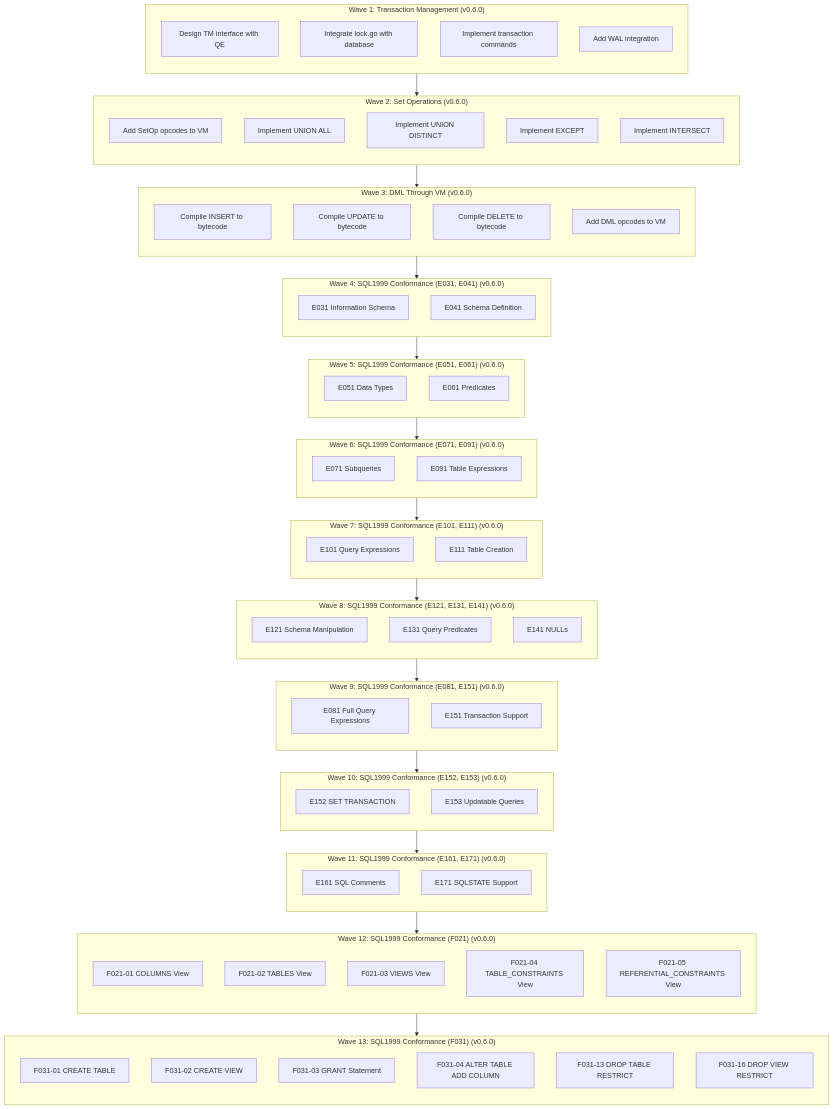
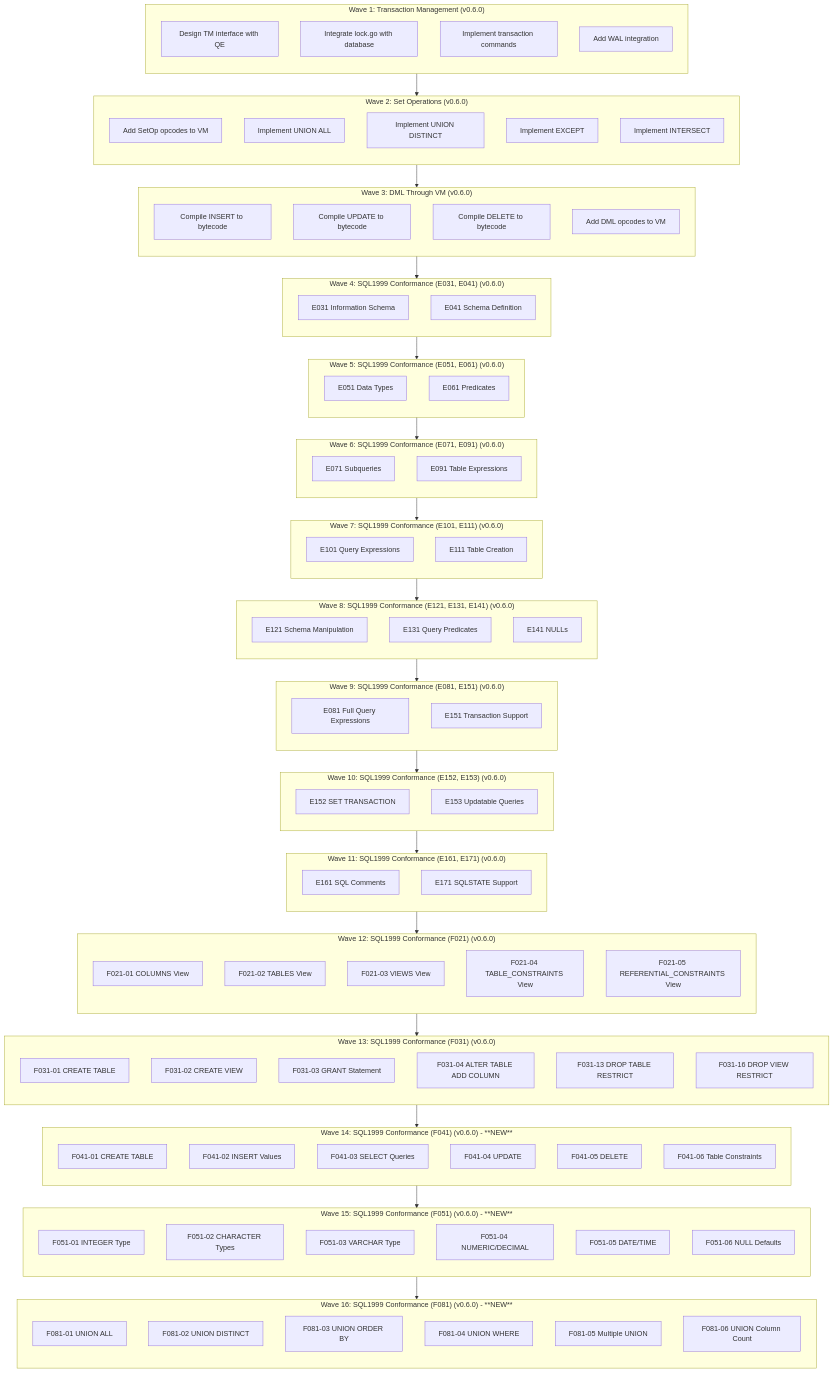
Before and after one commit to cyw0ng95/sqlvibe: the diagram in docs/plan-v0.6.0.md, drawn with Mermaid. The commit also changed other lines of this file, not shown here.

````diff
--- a/docs/plan-v0.6.0.md
+++ b/docs/plan-v0.6.0.md
@@ -381,6 +396,36 @@
         M6[F031-16 DROP VIEW RESTRICT]
     end
 
+    subgraph W14 ["Wave 14: SQL1999 Conformance (F041) (v0.6.0) - **NEW**"]
+        direction TB
+        N1[F041-01 CREATE TABLE]
+        N2[F041-02 INSERT Values]
+        N3[F041-03 SELECT Queries]
+        N4[F041-04 UPDATE]
+        N5[F041-05 DELETE]
+        N6[F041-06 Table Constraints]
+    end
+
+    subgraph W15 ["Wave 15: SQL1999 Conformance (F051) (v0.6.0) - **NEW**"]
+        direction TB
+        O1[F051-01 INTEGER Type]
+        O2[F051-02 CHARACTER Types]
+        O3[F051-03 VARCHAR Type]
+        O4[F051-04 NUMERIC/DECIMAL]
+        O5[F051-05 DATE/TIME]
+        O6[F051-06 NULL Defaults]
+    end
+
+    subgraph W16 ["Wave 16: SQL1999 Conformance (F081) (v0.6.0) - **NEW**"]
+        direction TB
+        P1[F081-01 UNION ALL]
+        P2[F081-02 UNION DISTINCT]
+        P3[F081-03 UNION ORDER BY]
+        P4[F081-04 UNION WHERE]
+        P5[F081-05 Multiple UNION]
+        P6[F081-06 UNION Column Count]
+    end
+
     W1 --> W2
     W2 --> W3
     W3 --> W4
@@ -393,4 +438,7 @@
     W10 --> W11
     W11 --> W12
     W12 --> W13
+    W13 --> W14
+    W14 --> W15
+    W15 --> W16
 ```
````
